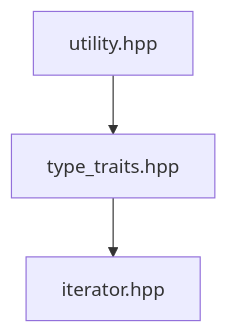
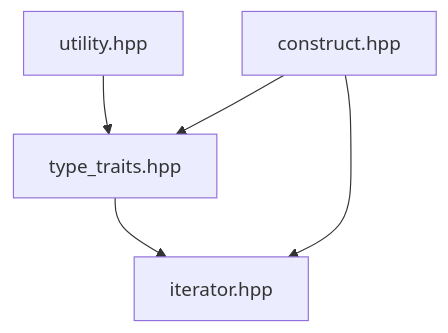
The first of 3 diagrams in README.md (LiuYuan-SHU/tiny_stl), drawn with Mermaid before and after one commit. The commit also changed other lines of this file, not shown here.

Commit message:
README.md: update for construct.hpp

````diff
--- a/README.md
+++ b/README.md
@@ -7,10 +7,12 @@
 ```mermaid
 flowchart TD
 
 iterator[iterator.hpp]
 type_traits[type_traits.hpp]
 utility[utility.hpp]
+construct[construct.hpp]
 
 type_traits --> iterator
 utility --> type_traits
+construct --> iterator & type_traits
 ```
````
